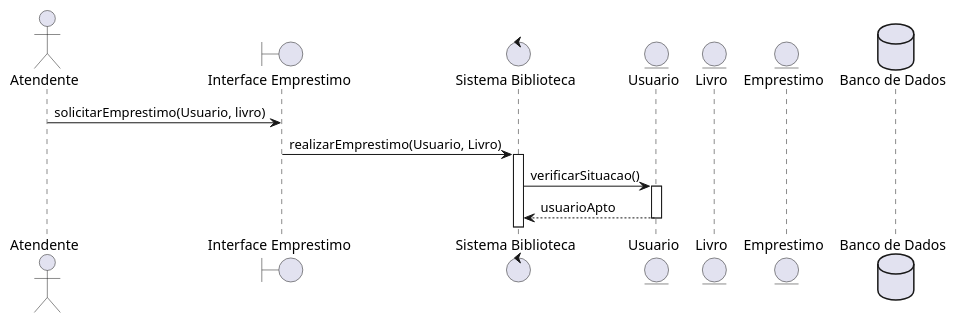
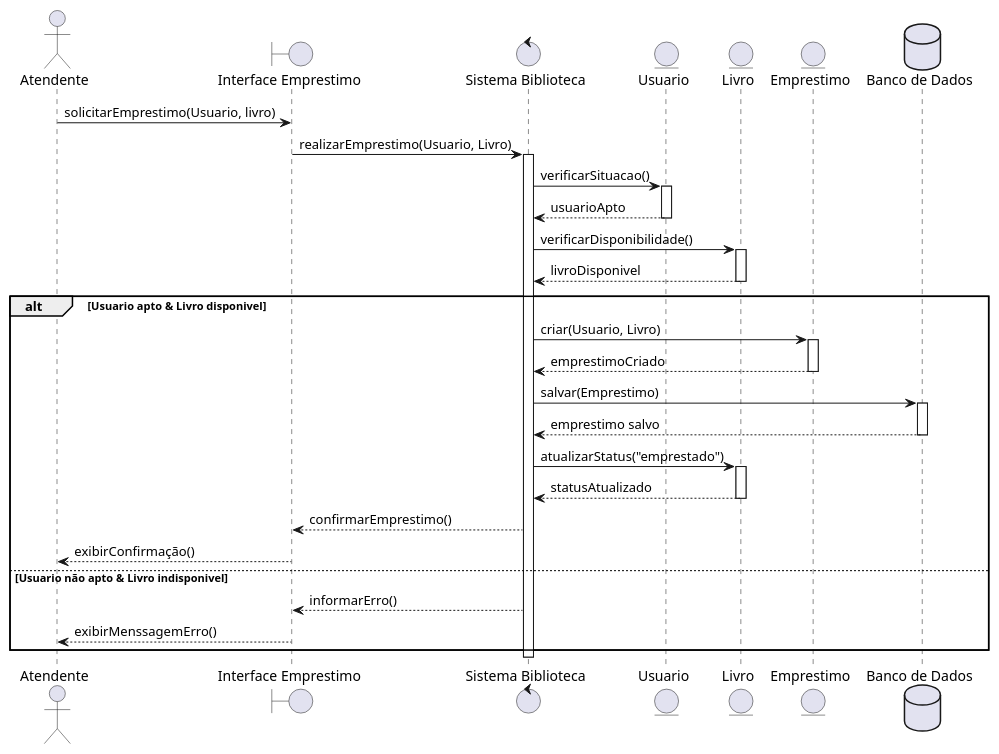
The diagram in 04-UML-Sequencia/atv/biblioteca.puml (Gabriel-Crdz/AnaliseModelagem-II), drawn with PlantUML before and after one commit. The commit also changed 1 other file, not shown here.

```diff
--- a/04-UML-Sequencia/atv/biblioteca.puml
+++ b/04-UML-Sequencia/atv/biblioteca.puml
@@ -1,29 +1,63 @@
 @startuml
 
 actor "Atendente" as Atendente
 
 boundary "Interface Emprestimo" as Interface
 
 control "Sistema Biblioteca" as Controller
 
 entity "Usuario" as Usuario
 entity "Livro" as Livro
 entity "Emprestimo" as Emprestimo
 
 database "Banco de Dados" as Banco
 
 Atendente -> Interface: solicitarEmprestimo(Usuario, livro)
 
 Interface -> Controller: realizarEmprestimo(Usuario, Livro)
 
 activate Controller
-
 Controller -> Usuario: verificarSituacao()
 
 activate Usuario
-
 Usuario --> Controller: usuarioApto
-
 deactivate Usuario
 
+Controller -> Livro: verificarDisponibilidade()
+
+activate Livro
+Livro --> Controller : livroDisponivel
+deactivate Livro
+
+alt Usuario apto & Livro disponivel
+  Controller -> Emprestimo : criar(Usuario, Livro)
+  
+  activate Emprestimo
+  Emprestimo --> Controller : emprestimoCriado
+  deactivate Emprestimo
+  
+  Controller -> Banco : salvar(Emprestimo)
+  
+  activate Banco
+  Banco --> Controller : emprestimo salvo
+  deactivate Banco
+  
+  Controller -> Livro : atualizarStatus("emprestado") 
+  
+  activate Livro
+  Livro --> Controller : statusAtualizado 
+  deactivate Livro
+  
+  Controller --> Interface : confirmarEmprestimo()
+  
+  Interface --> Atendente : exibirConfirmação()
+else Usuario não apto & Livro indisponivel
+
+  Controller --> Interface : informarErro()
+
+  Interface --> Atendente : exibirMenssagemErro()
+end
+
+deactivate Controller
+
 @enduml
```
